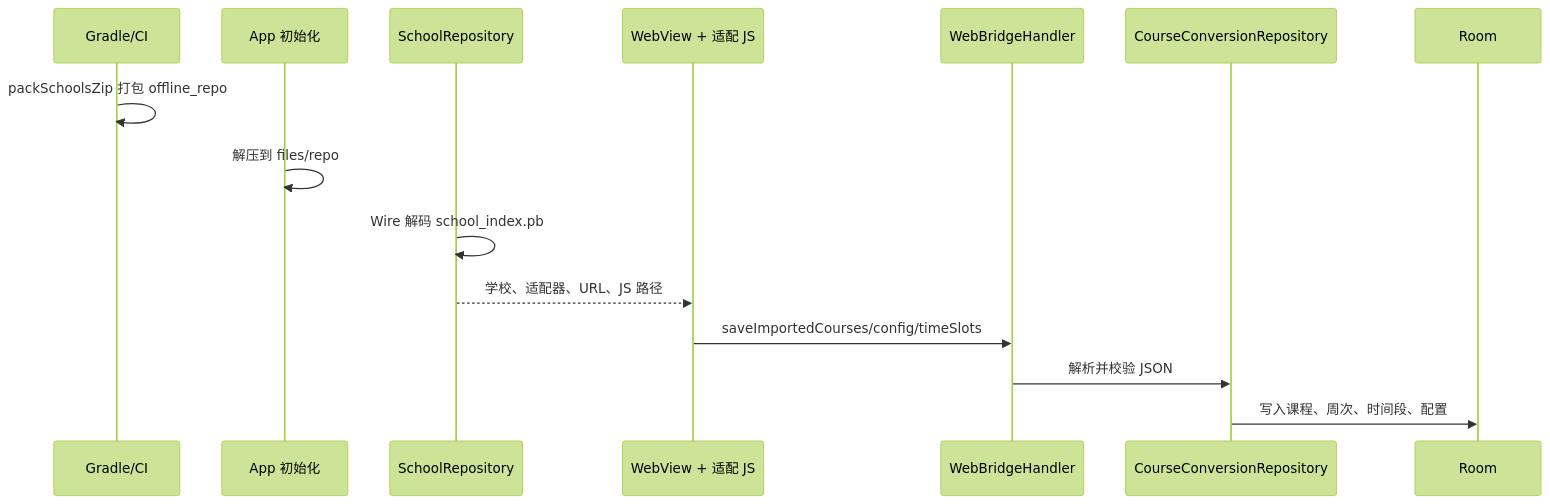
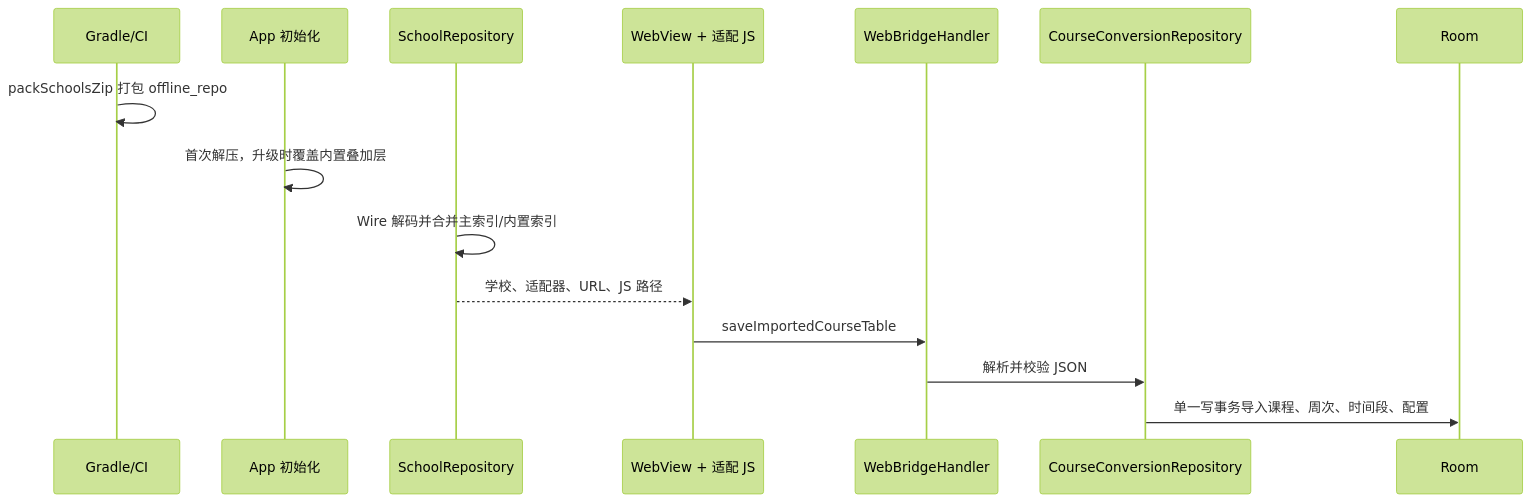
The fourth of 4 diagrams in docs/PROJECT_ARCHITECTURE.md (XingHeYuZhuan/shiguangschedule), drawn with Mermaid (forest theme) before and after one commit. The commit also changed other lines of this file and 1 other file, not shown here.

Commit message:
docs: update import architecture and test workflow

````diff
--- a/docs/PROJECT_ARCHITECTURE.md
+++ b/docs/PROJECT_ARCHITECTURE.md
@@ -183,18 +183,18 @@
 ```mermaid
 sequenceDiagram
     participant Build as Gradle/CI
     participant App as App 初始化
     participant Index as SchoolRepository
     participant Web as WebView + 适配 JS
     participant Bridge as WebBridgeHandler
     participant Repo as CourseConversionRepository
     participant DB as Room
 
     Build->>Build: packSchoolsZip 打包 offline_repo
-    App->>App: 解压到 files/repo
-    Index->>Index: Wire 解码 school_index.pb
+    App->>App: 首次解压，升级时覆盖内置叠加层
+    Index->>Index: Wire 解码并合并主索引/内置索引
     Index-->>Web: 学校、适配器、URL、JS 路径
-    Web->>Bridge: saveImportedCourses/config/timeSlots
+    Web->>Bridge: saveImportedCourseTable
     Bridge->>Repo: 解析并校验 JSON
-    Repo->>DB: 写入课程、周次、时间段、配置
+    Repo->>DB: 单一写事务导入课程、周次、时间段、配置
 ```
````
